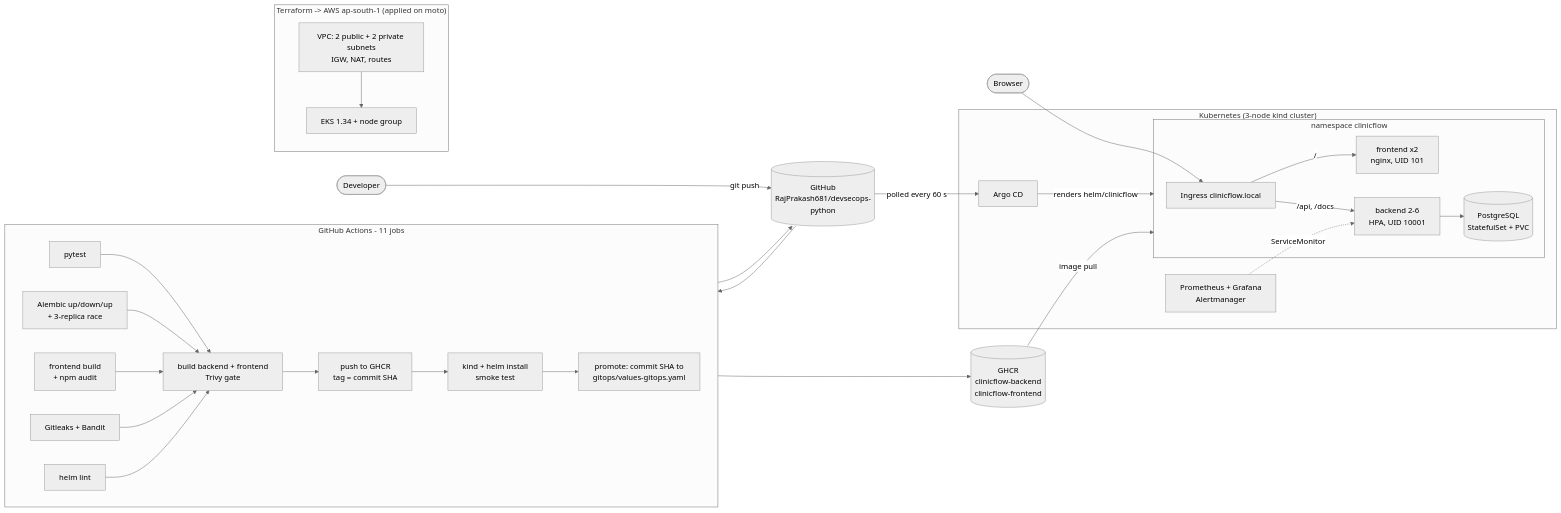
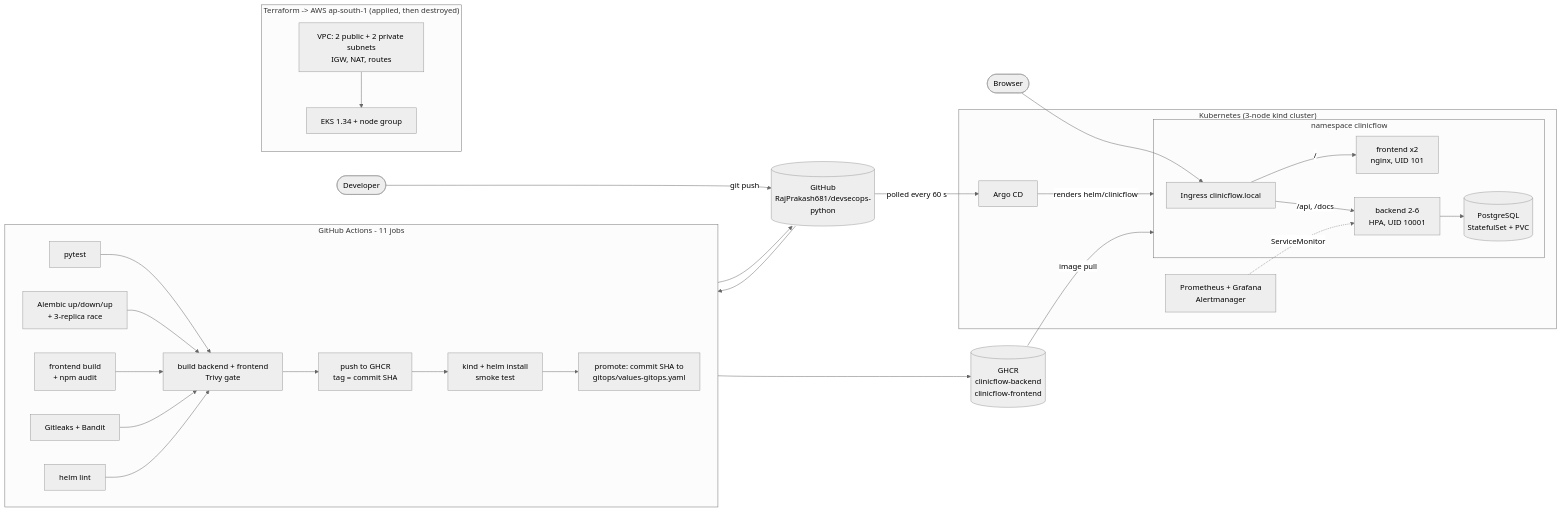
Before and after one commit to RajPrakash681/devsecops-python: the diagram in README.md, drawn with Mermaid (neutral theme). The commit also changed other lines of this file and 9 other files, not shown here.

First line of the commit message:
terraform: applied on real AWS (ap-south-1), checked in the Console, destroyed

````diff
--- a/README.md
+++ b/README.md
@@ -103,38 +103,38 @@
 ```mermaid
 flowchart LR
     dev([Developer]) -- git push --> gh[(GitHub<br/>RajPrakash681/devsecops-python)]
     gh --> ci
 
     subgraph ci["GitHub Actions - 11 jobs"]
         direction LR
         t1[pytest] --> img
         t2[Alembic up/down/up<br/>+ 3-replica race] --> img
         t3[frontend build<br/>+ npm audit] --> img
         t4[Gitleaks + Bandit] --> img
         t5[helm lint] --> img
         img["build backend + frontend<br/>Trivy gate"] --> push["push to GHCR<br/>tag = commit SHA"]
         push --> dep["kind + helm install<br/>smoke test"]
         dep --> prom["promote: commit SHA to<br/>gitops/values-gitops.yaml"]
     end
 
     push --> ghcr[(GHCR<br/>clinicflow-backend<br/>clinicflow-frontend)]
     prom --> gh
 
     subgraph k8s["Kubernetes (3-node kind cluster)"]
         argo[Argo CD] -- renders helm/clinicflow --> app
         subgraph app["namespace clinicflow"]
             ing["Ingress clinicflow.local"] -- "/" --> fe["frontend x2<br/>nginx, UID 101"]
             ing -- "/api, /docs" --> be["backend 2-6<br/>HPA, UID 10001"]
             be --> pg[("PostgreSQL<br/>StatefulSet + PVC")]
         end
         mon["Prometheus + Grafana<br/>Alertmanager"] -. ServiceMonitor .-> be
     end
 
     gh -- polled every 60 s --> argo
     ghcr -- image pull --> app
     user([Browser]) --> ing
 
-    subgraph tf["Terraform -> AWS ap-south-1 (applied on moto)"]
+    subgraph tf["Terraform -> AWS ap-south-1 (applied, then destroyed)"]
         vpc["VPC: 2 public + 2 private subnets<br/>IGW, NAT, routes"] --> eks["EKS 1.34 + node group"]
     end
 ```
````
